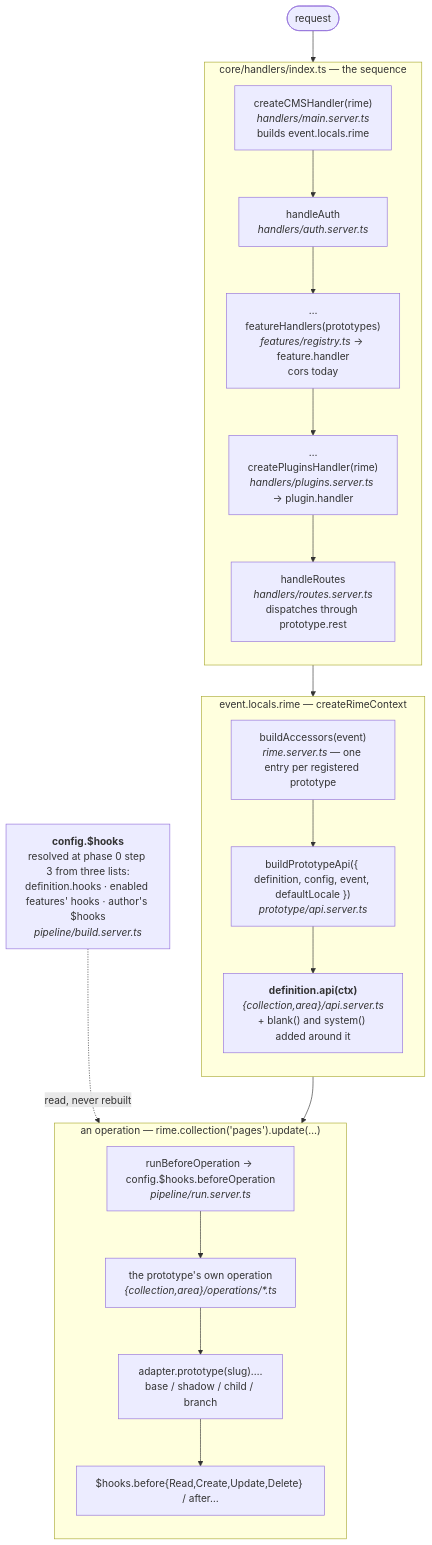
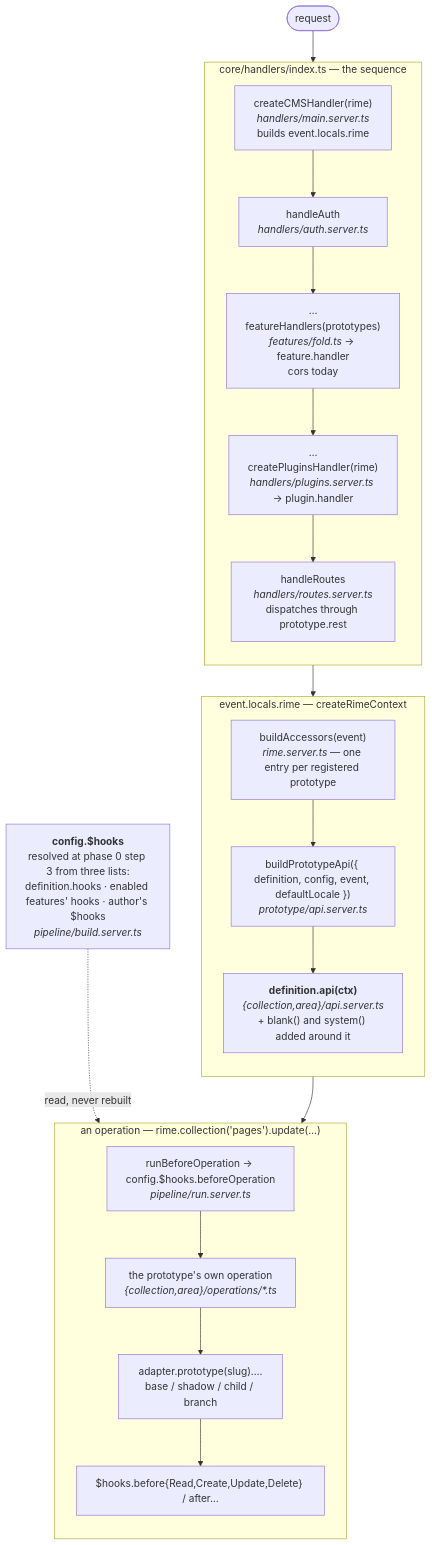
One commit to bienbiendev/rime changed the fourth of 4 diagrams in docs/architecture-target.md. Above: the diagram before and after it, drawn with Mermaid. The commit also changed other lines of this file and 38 other files, not shown here.

````diff
--- a/docs/architecture-target.md
+++ b/docs/architecture-target.md
@@ -191,40 +191,40 @@
 ```mermaid
 flowchart TB
     REQ(["request"])
 
     subgraph handlers["core/handlers/index.ts — the sequence"]
         direction TB
         H1["createCMSHandler(rime)<br/><i>handlers/main.server.ts</i><br/>builds event.locals.rime"]
         H2["handleAuth<br/><i>handlers/auth.server.ts</i>"]
-        H3["…featureHandlers(prototypes)<br/><i>features/registry.ts</i> → feature.handler<br/>cors today"]
+        H3["…featureHandlers(prototypes)<br/><i>features/fold.ts</i> → feature.handler<br/>cors today"]
         H4["…createPluginsHandler(rime)<br/><i>handlers/plugins.server.ts</i> → plugin.handler"]
         H5["handleRoutes<br/><i>handlers/routes.server.ts</i><br/>dispatches through prototype.rest"]
         H1 --> H2 --> H3 --> H4 --> H5
     end
 
     REQ --> handlers
 
     subgraph locals["event.locals.rime — createRimeContext"]
         direction TB
         L1["buildAccessors(event)<br/><i>rime.server.ts</i> — one entry per registered prototype"]
         L2["buildPrototypeApi({ definition, config, event, defaultLocale })<br/><i>prototype/api.server.ts</i>"]
         L3["<b>definition.api(ctx)</b><br/><i>{collection,area}/api.server.ts</i><br/>+ blank() and system() added around it"]
         L1 --> L2 --> L3
     end
 
     H1 --> locals
 
     subgraph op["an operation — rime.collection('pages').update(…)"]
         direction TB
         O1["runBeforeOperation → config.$hooks.beforeOperation<br/><i>pipeline/run.server.ts</i>"]
         O2["the prototype's own operation<br/><i>{collection,area}/operations/*.ts</i>"]
         O3["adapter.prototype(slug).…<br/>base / shadow / child / branch"]
         O4["$hooks.before{Read,Create,Update,Delete} / after…"]
         O1 --> O2 --> O3 --> O4
     end
 
     L3 --> op
 
     PIPE["<b>config.$hooks</b><br/>resolved at phase 0 step 3 from three lists:<br/>definition.hooks · enabled features' hooks · author's $hooks<br/><i>pipeline/build.server.ts</i>"]
     PIPE -.->|"read, never rebuilt"| op
 ```
````
